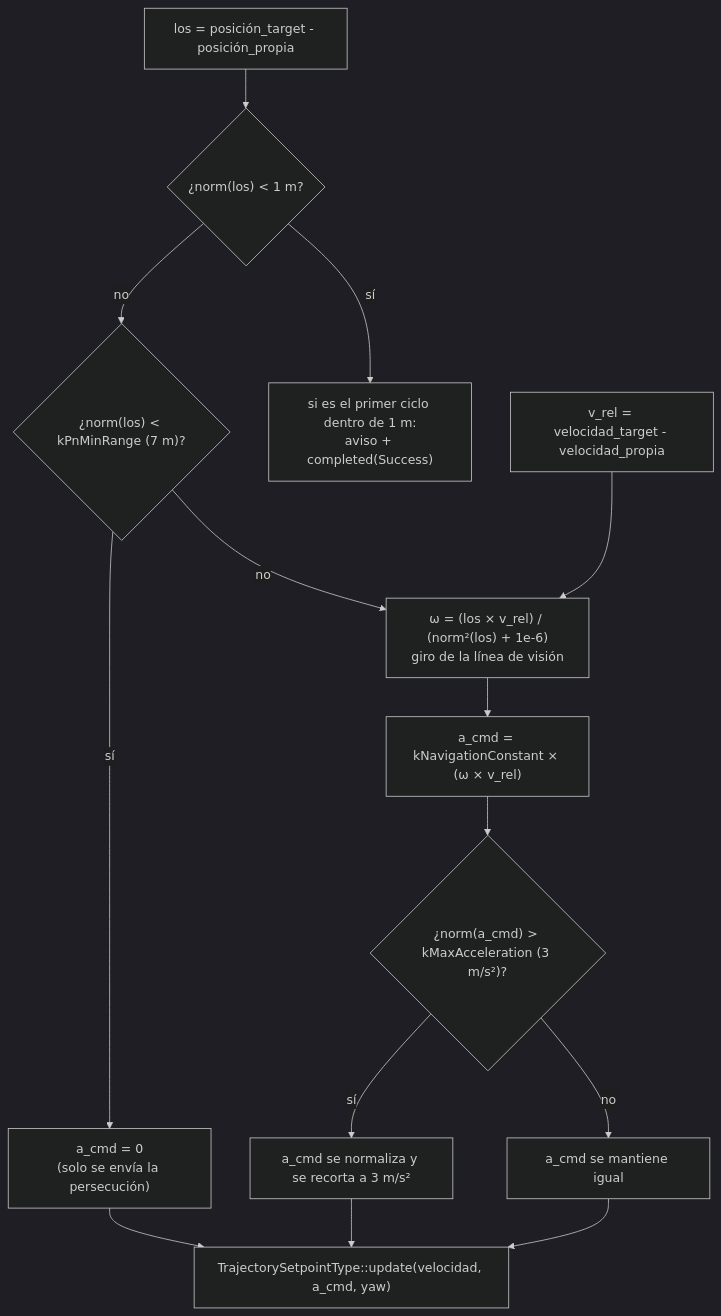
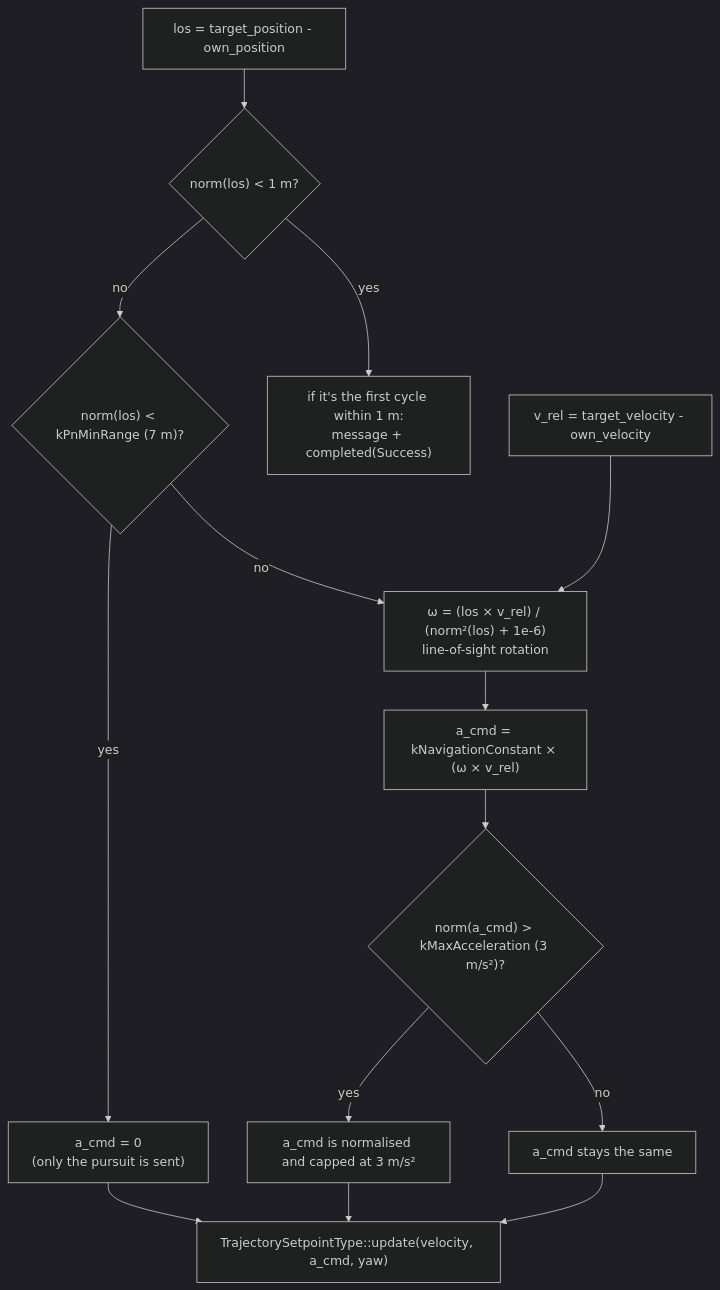
One commit to PACO-Interceptor/ws_interceptor changed the second of 2 diagrams in docs/wiki/Guidance-modes.md. Above: the diagram before and after it, drawn with Mermaid. The commit also changed other lines of this file and 17 other files, not shown here.

````diff
--- a/docs/wiki/Guidance-modes.md
+++ b/docs/wiki/Guidance-modes.md
@@ -140,19 +138,19 @@
 ```mermaid
 %%{init: {"theme": "dark", "themeVariables": {"lineColor": "#cccccc", "edgeLabelBackground": "#1e1e1e"}}}%%
 flowchart TD
-    LOS["los = posición_target - posición_propia"]
-    VREL["v_rel = velocidad_target - velocidad_propia"]
-    LOS --> NORM{"¿norm(los) < 1 m?"}
-    NORM -->|sí| DONE["si es el primer ciclo dentro de 1 m:<br/>aviso + completed(Success)"]
-    NORM -->|no| RANGE{"¿norm(los) < kPnMinRange (7 m)?"}
-    RANGE -->|sí| ZERO["a_cmd = 0<br/>(solo se envía la persecución)"]
-    RANGE -->|no| OMEGA["ω = (los × v_rel) / (norm²(los) + 1e-6)<br/>giro de la línea de visión"]
+    LOS["los = target_position - own_position"]
+    VREL["v_rel = target_velocity - own_velocity"]
+    LOS --> NORM{"norm(los) < 1 m?"}
+    NORM -->|yes| DONE["if it's the first cycle within 1 m:<br/>message + completed(Success)"]
+    NORM -->|no| RANGE{"norm(los) < kPnMinRange (7 m)?"}
+    RANGE -->|yes| ZERO["a_cmd = 0<br/>(only the pursuit is sent)"]
+    RANGE -->|no| OMEGA["ω = (los × v_rel) / (norm²(los) + 1e-6)<br/>line-of-sight rotation"]
     VREL --> OMEGA
     OMEGA --> ACMD["a_cmd = kNavigationConstant × (ω × v_rel)"]
-    ACMD --> CLAMP{"¿norm(a_cmd) > kMaxAcceleration (3 m/s²)?"}
-    CLAMP -->|sí| LIMIT["a_cmd se normaliza y se recorta a 3 m/s²"]
-    CLAMP -->|no| KEEP["a_cmd se mantiene igual"]
-    ZERO --> OUT["TrajectorySetpointType::update(velocidad, a_cmd, yaw)"]
+    ACMD --> CLAMP{"norm(a_cmd) > kMaxAcceleration (3 m/s²)?"}
+    CLAMP -->|yes| LIMIT["a_cmd is normalised and capped at 3 m/s²"]
+    CLAMP -->|no| KEEP["a_cmd stays the same"]
+    ZERO --> OUT["TrajectorySetpointType::update(velocity, a_cmd, yaw)"]
     LIMIT --> OUT
     KEEP --> OUT
 ```
````
